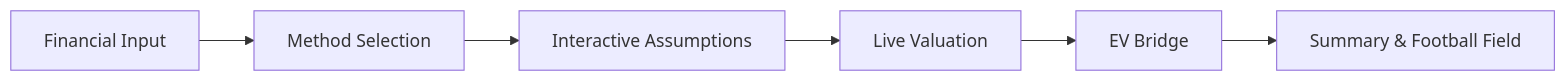
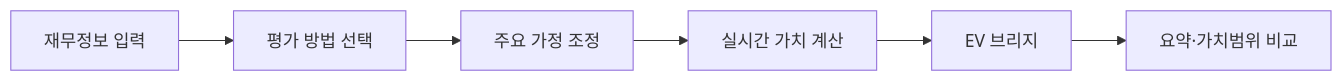
One commit to Undaunted-record/ValueSite changed the diagram in README.md. Above: the diagram before and after it, drawn with Mermaid. The commit also changed other lines of this file and 14 other files, not shown here.

````diff
--- a/README.md
+++ b/README.md
@@ -29,8 +29,8 @@
 ```mermaid
 flowchart LR
-    A[Financial Input] --> B[Method Selection]
-    B --> C[Interactive Assumptions]
-    C --> D[Live Valuation]
-    D --> E[EV Bridge]
-    E --> F[Summary & Football Field]
+    A[재무정보 입력] --> B[평가 방법 선택]
+    B --> C[주요 가정 조정]
+    C --> D[실시간 가치 계산]
+    D --> E[EV 브리지]
+    E --> F[요약·가치범위 비교]
 ```
````
